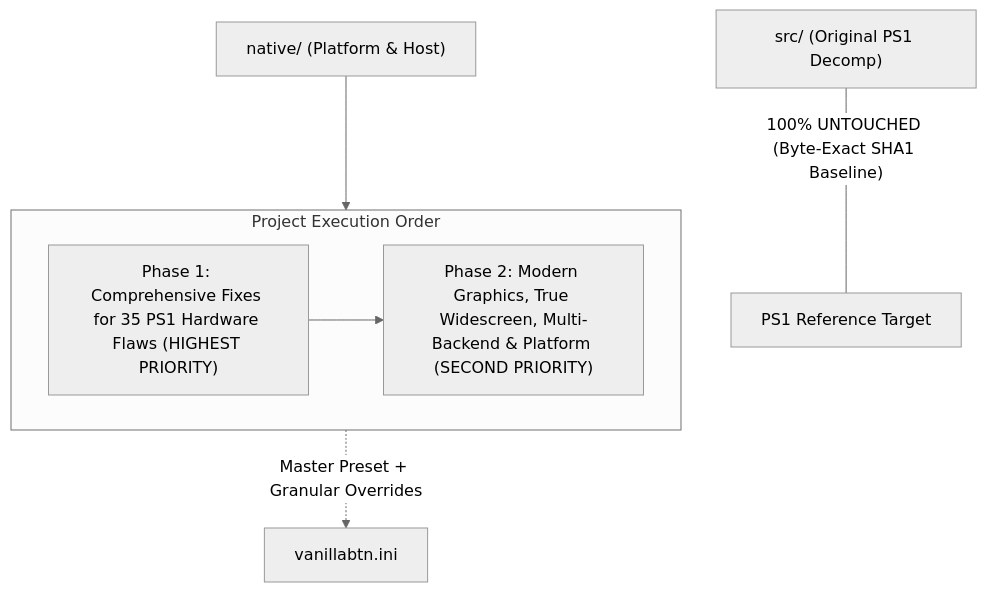
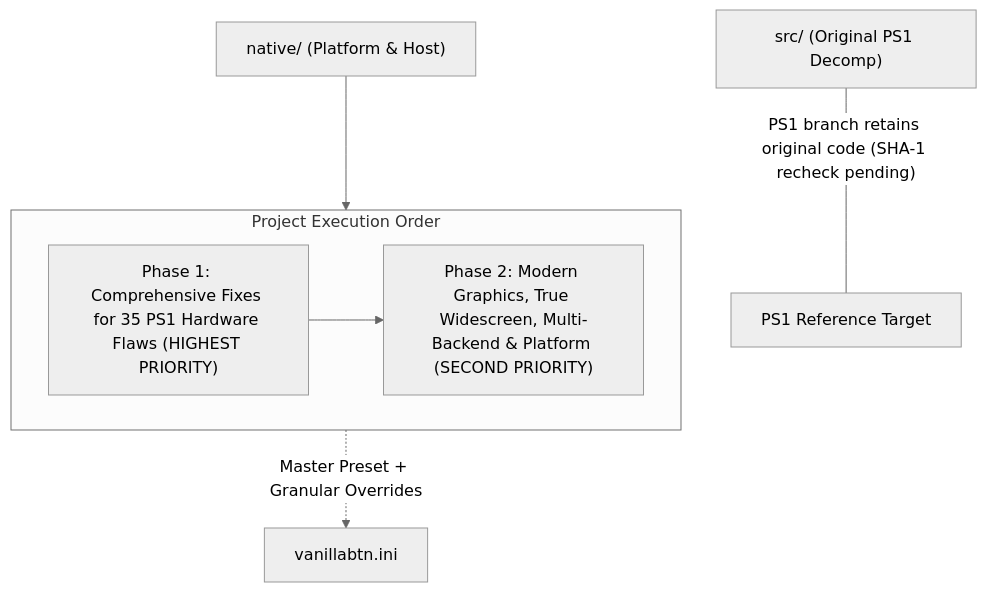
The diagram in docs/enhancements.md (kodeaqua/VanillaBTN), drawn with Mermaid (neutral theme) before and after one commit. The commit also changed other lines of this file and 66 other files, not shown here.

````diff
--- a/docs/enhancements.md
+++ b/docs/enhancements.md
@@ -12,13 +12,13 @@
 ```mermaid
 flowchart TD
-    OriginalSrc["src/ (Original PS1 Decomp)"] --- |"100% UNTOUCHED (Byte-Exact SHA1 Baseline)"| PS1Build["PS1 Reference Target"]
+    OriginalSrc["src/ (Original PS1 Decomp)"] --- |"PS1 branch retains original code (SHA-1 recheck pending)"| PS1Build["PS1 Reference Target"]
     
     subgraph Execution_Order["Project Execution Order"]
         Step1["Phase 1: Comprehensive Fixes for 35 PS1 Hardware Flaws (HIGHEST PRIORITY)"]
         Step2["Phase 2: Modern Graphics, True Widescreen, Multi-Backend & Platform (SECOND PRIORITY)"]
         Step1 --> Step2
     end
     
     NativeHost["native/ (Platform & Host)"] --> Execution_Order
     Execution_Order -.->|Master Preset + Granular Overrides| Config["vanillabtn.ini"]
 ```
````
